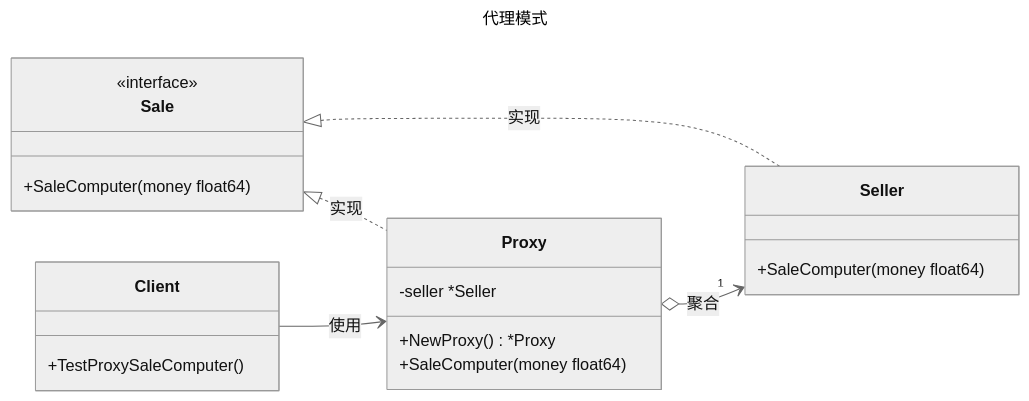
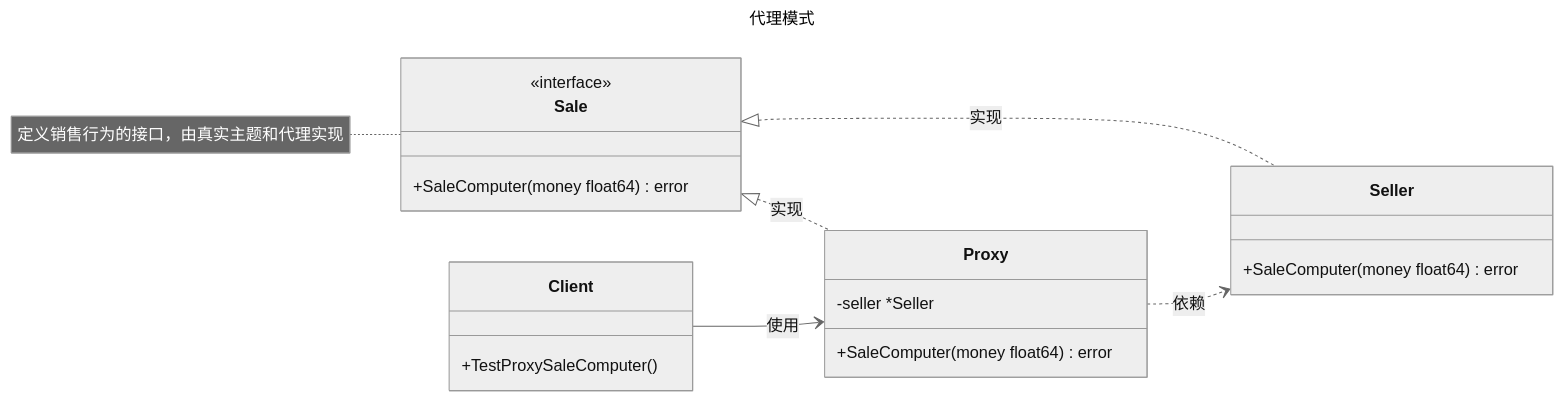
Before and after one commit to magicgopher/magicgopher-blog: the diagram in docs/zh/后端/01-Golang/03-Golang设计模式/08-代理模式.md, drawn with Mermaid (neutral theme). The commit also changed other lines of this file and 15 other files, not shown here.

````diff
--- a/docs/zh/后端/01-Golang/03-Golang设计模式/08-代理模式.md
+++ b/docs/zh/后端/01-Golang/03-Golang设计模式/08-代理模式.md
@@ -30,36 +30,36 @@
 ```mermaid
 ---
 title: 代理模式
 ---
 classDiagram
     direction LR
 
     %% 抽象主题（销售接口）
     class Sale {
         <<interface>>
-        +SaleComputer(money float64)
+        +SaleComputer(money float64) error
     }
+    note for Sale "定义销售行为的接口，由真实主题和代理实现"
 
     %% 真实主题（经销商）
     class Seller {
-        +SaleComputer(money float64)
+        +SaleComputer(money float64) error
     }
 
     %% 代理（代理经销商）
     class Proxy {
         -seller *Seller
-        +NewProxy() *Proxy
-        +SaleComputer(money float64)
+        +SaleComputer(money float64) error
     }
 
     %% 客户端
     class Client {
         +TestProxySaleComputer()
     }
 
     %% 关系描述
     Sale <|.. Seller : 实现
     Sale <|.. Proxy : 实现
-    Proxy o--> "1" Seller : 聚合
+    Proxy ..> Seller : 依赖
     Client --> Proxy : 使用
 ```
````
